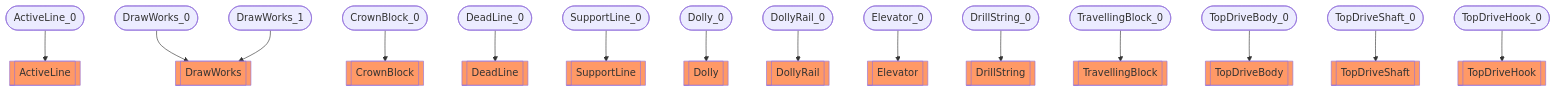
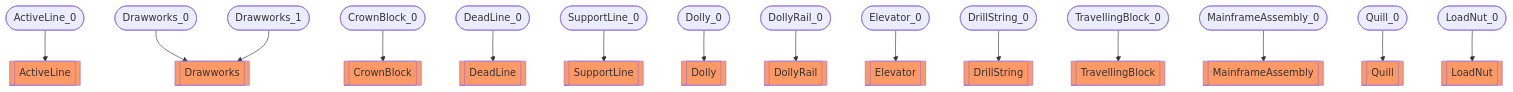
The diagram in docs/vocabulary_development/auto-generated/md/examples/Surface mechanical circuit.md (D-WIS/DDHub-Semantic-Interoperability), drawn with Mermaid before and after one commit. The commit also changed other lines of this file and 27 other files, not shown here.

````diff
--- a/docs/vocabulary_development/auto-generated/md/examples/Surface mechanical circuit.md
+++ b/docs/vocabulary_development/auto-generated/md/examples/Surface mechanical circuit.md
@@ -16,19 +16,19 @@
 ```mermaid
 flowchart TD
 	 classDef typeClass fill:#f96;
 	 classDef classClass fill:#9dd0ff;
 	ActiveLine_0([ActiveLine_0]) --> ActiveLine[[ActiveLine]]:::typeClass
-	DrawWorks_0([DrawWorks_0]) --> DrawWorks[[DrawWorks]]:::typeClass
+	Drawworks_0([Drawworks_0]) --> Drawworks[[Drawworks]]:::typeClass
 	CrownBlock_0([CrownBlock_0]) --> CrownBlock[[CrownBlock]]:::typeClass
 	DeadLine_0([DeadLine_0]) --> DeadLine[[DeadLine]]:::typeClass
 	SupportLine_0([SupportLine_0]) --> SupportLine[[SupportLine]]:::typeClass
-	DrawWorks_1([DrawWorks_1]) --> DrawWorks[[DrawWorks]]:::typeClass
+	Drawworks_1([Drawworks_1]) --> Drawworks[[Drawworks]]:::typeClass
 	Dolly_0([Dolly_0]) --> Dolly[[Dolly]]:::typeClass
 	DollyRail_0([DollyRail_0]) --> DollyRail[[DollyRail]]:::typeClass
 	Elevator_0([Elevator_0]) --> Elevator[[Elevator]]:::typeClass
 	DrillString_0([DrillString_0]) --> DrillString[[DrillString]]:::typeClass
 	TravellingBlock_0([TravellingBlock_0]) --> TravellingBlock[[TravellingBlock]]:::typeClass
-	TopDriveBody_0([TopDriveBody_0]) --> TopDriveBody[[TopDriveBody]]:::typeClass
-	TopDriveShaft_0([TopDriveShaft_0]) --> TopDriveShaft[[TopDriveShaft]]:::typeClass
-	TopDriveHook_0([TopDriveHook_0]) --> TopDriveHook[[TopDriveHook]]:::typeClass
+	MainframeAssembly_0([MainframeAssembly_0]) --> MainframeAssembly[[MainframeAssembly]]:::typeClass
+	Quill_0([Quill_0]) --> Quill[[Quill]]:::typeClass
+	LoadNut_0([LoadNut_0]) --> LoadNut[[LoadNut]]:::typeClass
 ```
````
